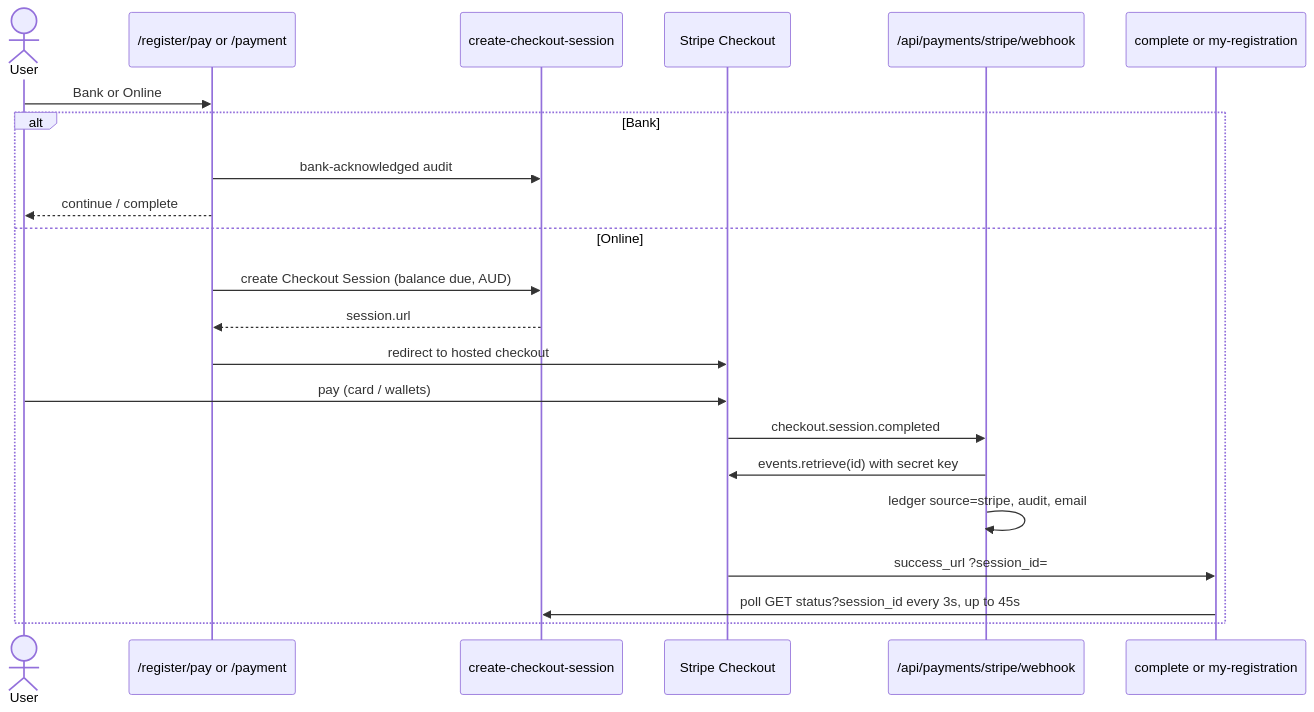
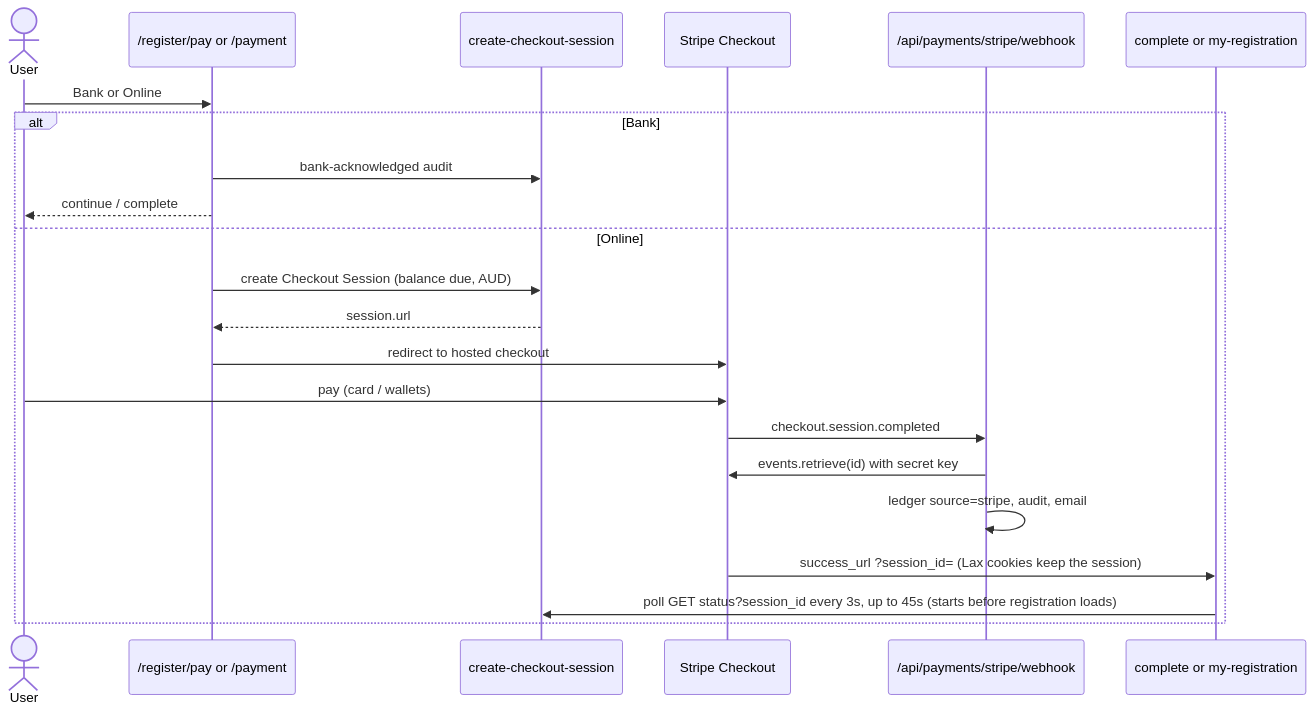
One commit to dotnetmike/CFCA_Registration changed the second of 7 diagrams in docs/flows/payment.md. Above: the diagram before and after it, drawn with Mermaid. The commit also changed other lines of this file and 13 other files, not shown here.

First line of the commit message:
feat(version): bump package version to 0.41.1 and enhance authentication flow

````diff
--- a/docs/flows/payment.md
+++ b/docs/flows/payment.md
@@ -36,24 +36,24 @@
 ```mermaid
 sequenceDiagram
   actor U as User
   participant Pay as /register/pay or /payment
   participant API as create-checkout-session
   participant Stripe as Stripe Checkout
   participant WH as /api/payments/stripe/webhook
   participant Done as complete or my-registration
   U->>Pay: Bank or Online
   alt Bank
     Pay->>API: bank-acknowledged audit
     Pay-->>U: continue / complete
   else Online
     Pay->>API: create Checkout Session (balance due, AUD)
     API-->>Pay: session.url
     Pay->>Stripe: redirect to hosted checkout
     U->>Stripe: pay (card / wallets)
     Stripe->>WH: checkout.session.completed
     WH->>Stripe: events.retrieve(id) with secret key
     WH->>WH: ledger source=stripe, audit, email
-    Stripe->>Done: success_url ?session_id=
-    Done->>API: poll GET status?session_id every 3s, up to 45s
+    Stripe->>Done: success_url ?session_id= (Lax cookies keep the session)
+    Done->>API: poll GET status?session_id every 3s, up to 45s (starts before registration loads)
   end
 ```
````
